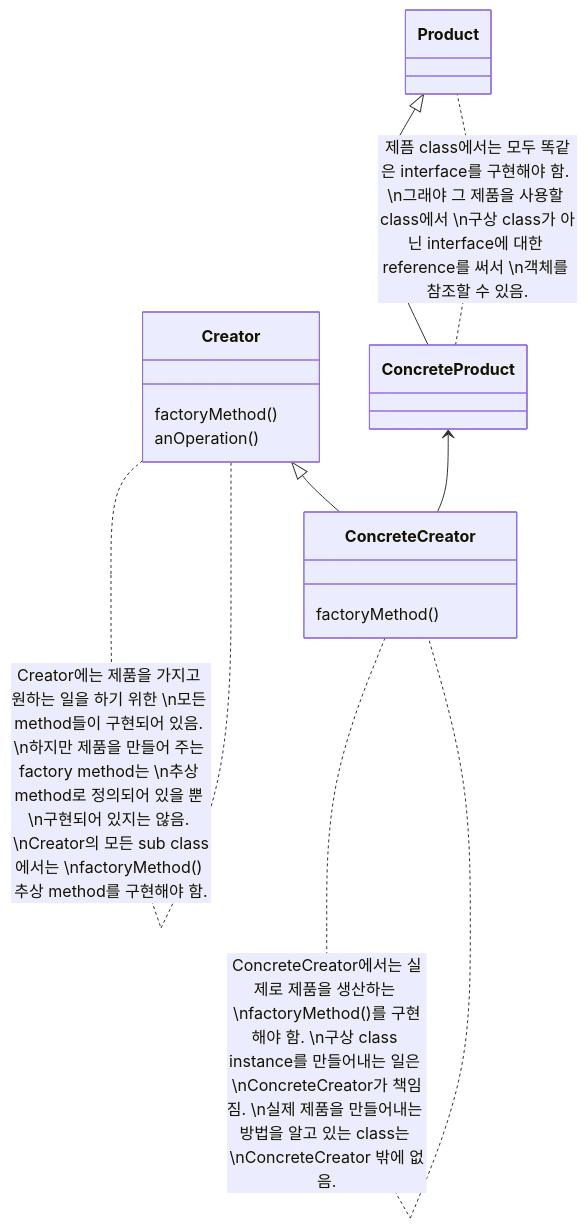
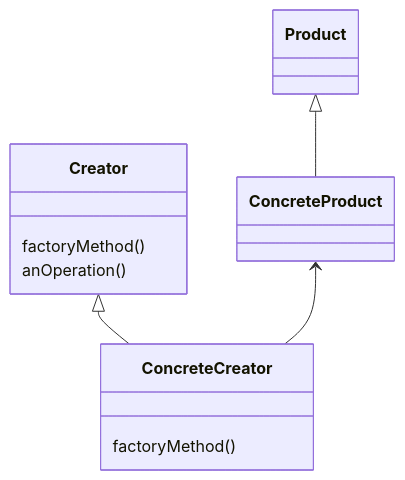
One commit to choesimin/choesimin.github.io changed the first of 4 diagrams in collections/_notes/software-design/design-pattern/factory-pattern/factory-method-pattern.md. Above: the diagram before and after it, drawn with Mermaid. The commit also changed other lines of this file and 1 other file, not shown here.

````diff
--- a/collections/_notes/software-design/design-pattern/factory-pattern/factory-method-pattern.md
+++ b/collections/_notes/software-design/design-pattern/factory-pattern/factory-method-pattern.md
@@ -55,26 +31,20 @@
 ```mermaid
 classDiagram
 
 class Creator {
     factoryMethod()
     anOperation()
 }
 
 class Product
 
 class ConcreteCreator {
     factoryMethod()
 }
 
 class ConcreteProduct
 
 Creator <|-- Concrete Creator
 Product <|-- Concrete Product
 Concrete Product <-- Concrete Creator
-
-Creator .. Creator : Creator에는 제품을 가지고 원하는 일을 하기 위한 \n모든 method들이 구현되어 있음. \n하지만 제품을 만들어 주는 factory method는 \n추상 method로 정의되어 있을 뿐 \n구현되어 있지는 않음. \nCreator의 모든 sub class에서는 \nfactoryMethod() 추상 method를 구현해야 함.
-
-ConcreteCreator .. ConcreteCreator : ConcreteCreator에서는 실제로 제품을 생산하는 \nfactoryMethod()를 구현해야 함. \n구상 class instance를 만들어내는 일은 \nConcreteCreator가 책임짐. \n실제 제품을 만들어내는 방법을 알고 있는 class는 \nConcreteCreator 밖에 없음.
-
-ConcreteProduct .. Product : 제픔 class에서는 모두 똑같은 interface를 구현해야 함. \n그래야 그 제품을 사용할 class에서 \n구상 class가 아닌 interface에 대한 reference를 써서 \n객체를 참조할 수 있음.
 ```
````
